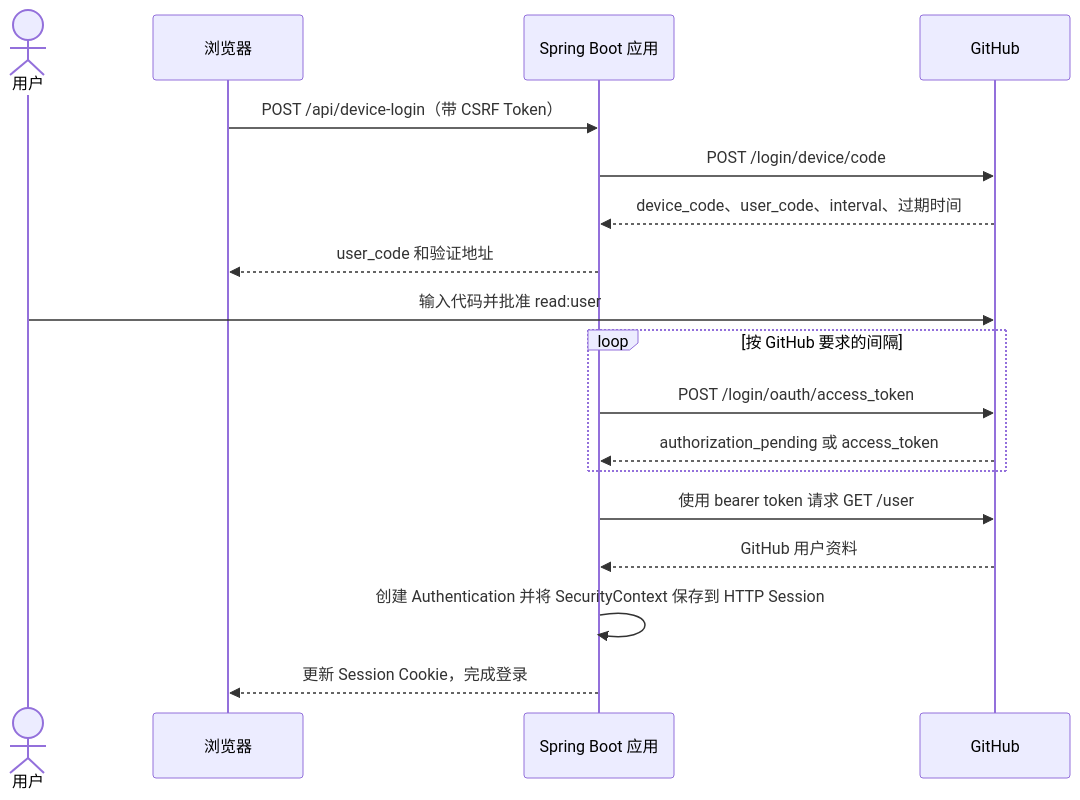
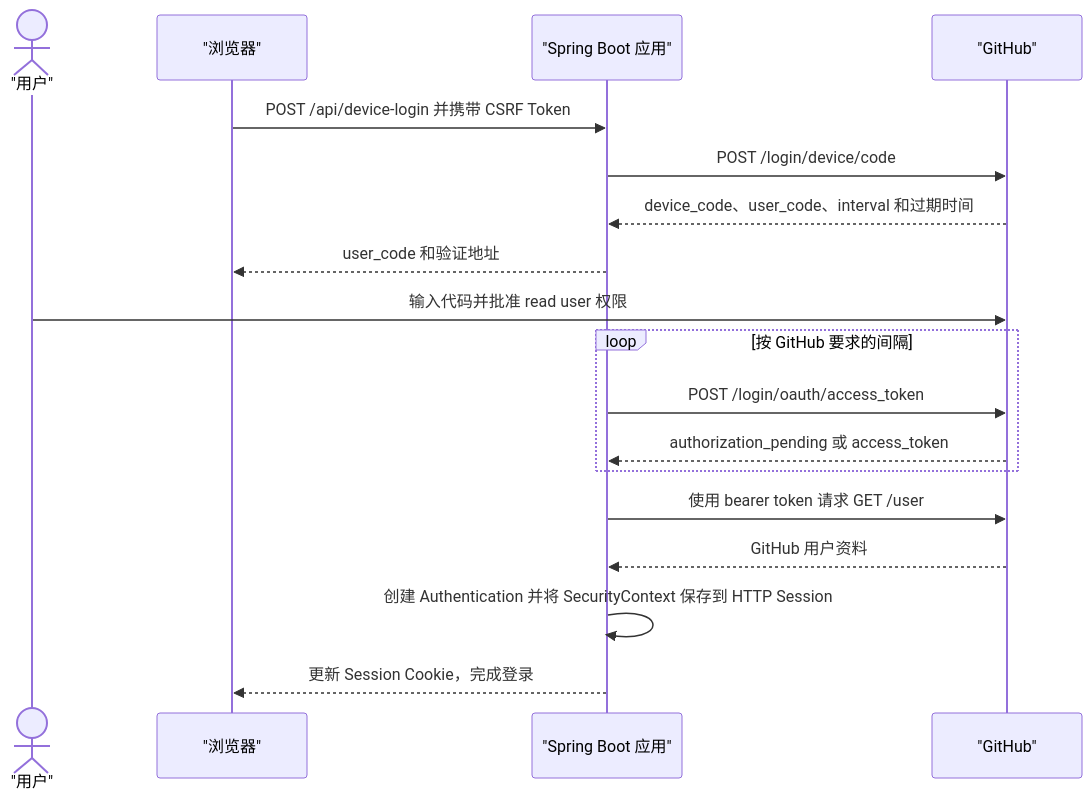
The diagram in README.zh-CN.md (zhijunio/spring-security-github-device-flow-demo), drawn with Mermaid before and after one commit. The commit also changed 1 other file, not shown here.

Commit message:
Fix Device Flow README Mermaid diagrams
Why: make the login-flow diagrams parse reliably in GitHub's Mermaid renderer.

Changes: use ASCII participant IDs with quoted labels in both language versions and simplify diagram message labels.

Verification: git diff --check passed. Mermaid CLI validation was unavailable because npm dependency installation stalled; rendering was not verified locally.

````diff
--- a/README.zh-CN.md
+++ b/README.zh-CN.md
@@ -60,20 +60,20 @@
 ```mermaid
 sequenceDiagram
-    actor User as 用户
-    participant Browser as 浏览器
-    participant App as Spring Boot 应用
-    participant GitHub
-    Browser->>App: POST /api/device-login（带 CSRF Token）
-    App->>GitHub: POST /login/device/code
-    GitHub-->>App: device_code、user_code、interval、过期时间
-    App-->>Browser: user_code 和验证地址
-    User->>GitHub: 输入代码并批准 read:user
+    actor U as "用户"
+    participant B as "浏览器"
+    participant App as "Spring Boot 应用"
+    participant GH as "GitHub"
+    B->>App: POST /api/device-login 并携带 CSRF Token
+    App->>GH: POST /login/device/code
+    GH-->>App: device_code、user_code、interval 和过期时间
+    App-->>B: user_code 和验证地址
+    U->>GH: 输入代码并批准 read user 权限
     loop 按 GitHub 要求的间隔
-        App->>GitHub: POST /login/oauth/access_token
-        GitHub-->>App: authorization_pending 或 access_token
+        App->>GH: POST /login/oauth/access_token
+        GH-->>App: authorization_pending 或 access_token
     end
-    App->>GitHub: 使用 bearer token 请求 GET /user
-    GitHub-->>App: GitHub 用户资料
+    App->>GH: 使用 bearer token 请求 GET /user
+    GH-->>App: GitHub 用户资料
     App->>App: 创建 Authentication 并将 SecurityContext 保存到 HTTP Session
-    App-->>Browser: 更新 Session Cookie，完成登录
+    App-->>B: 更新 Session Cookie，完成登录
 ```
````
